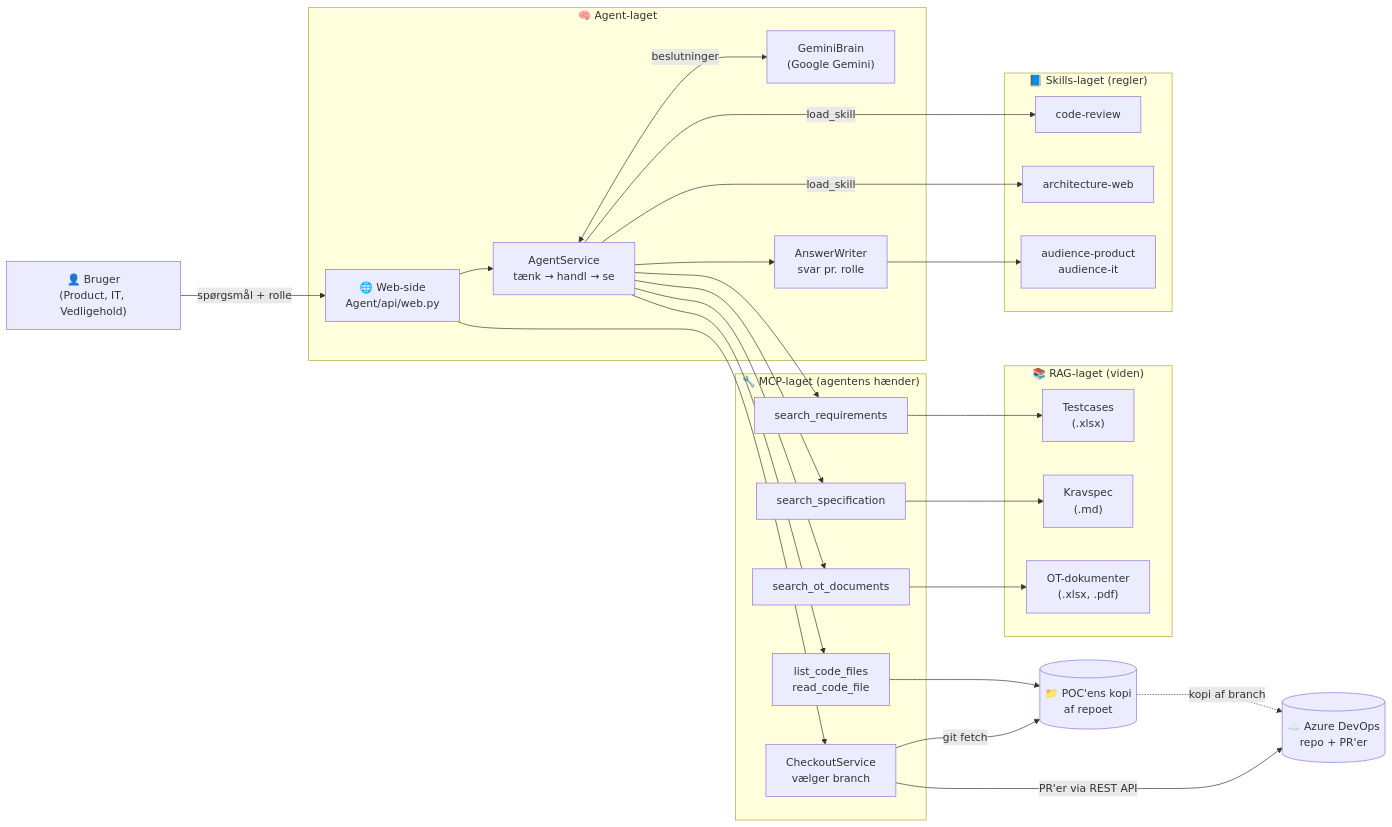
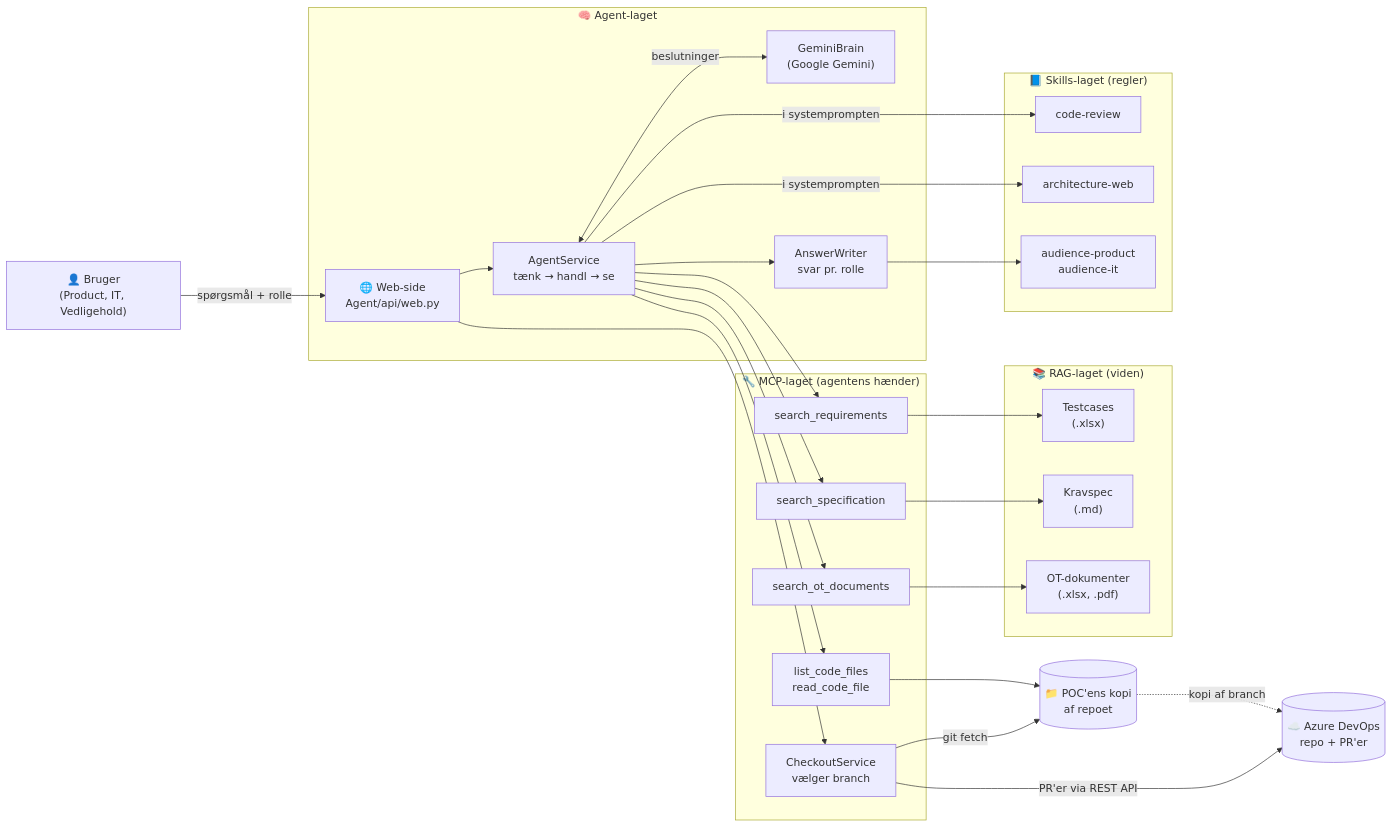
One commit to AlexanderThomsen0339/agent-anatomy-poc changed the first of 10 diagrams in AIPlatform/DEMO.md. Above: the diagram before and after it, drawn with Mermaid. The commit also changed other lines of this file and 4 other files, not shown here.

````diff
--- a/AIPlatform/DEMO.md
+++ b/AIPlatform/DEMO.md
@@ -11,45 +11,45 @@
 ```mermaid
 flowchart LR
     U["👤 Bruger<br/>(Product, IT, Vedligehold)"] -->|spørgsmål + rolle| W["🌐 Web-side<br/>Agent/api/web.py"]
 
     subgraph AGENT["🧠 Agent-laget"]
         W --> AS["AgentService<br/>tænk → handl → se"]
         AS <-->|beslutninger| GB["GeminiBrain<br/>(Google Gemini)"]
         AS --> AW["AnswerWriter<br/>svar pr. rolle"]
     end
 
     subgraph MCP["🔧 MCP-laget (agentens hænder)"]
         T1["search_requirements"]
         T2["search_specification"]
         T3["list_code_files<br/>read_code_file"]
         T4["search_ot_documents"]
         CO["CheckoutService<br/>vælger branch"]
     end
 
     subgraph RAG["📚 RAG-laget (viden)"]
         X["Testcases<br/>(.xlsx)"]
         K["Kravspec<br/>(.md)"]
         O["OT-dokumenter<br/>(.xlsx, .pdf)"]
     end
 
     subgraph SK["📘 Skills-laget (regler)"]
         S1["code-review"]
         S2["architecture-web"]
         S3["audience-product<br/>audience-it"]
     end
 
     AZ[("☁️ Azure DevOps<br/>repo + PR'er")]
     RC[("📁 POC'ens kopi<br/>af repoet")]
 
     AS --> T1 & T2 & T3 & T4
-    AS -->|load_skill| S1 & S2
+    AS -->|i systemprompten| S1 & S2
     AW --> S3
     T1 --> X
     T2 --> K
     T4 --> O
     W --> CO
     CO -->|PR'er via REST API| AZ
     CO -->|git fetch| RC
     RC -.->|kopi af branch| AZ
     T3 --> RC
 ```
````
